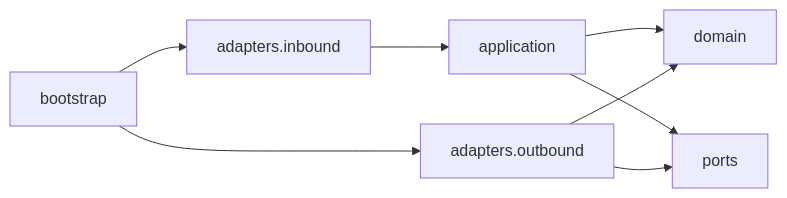
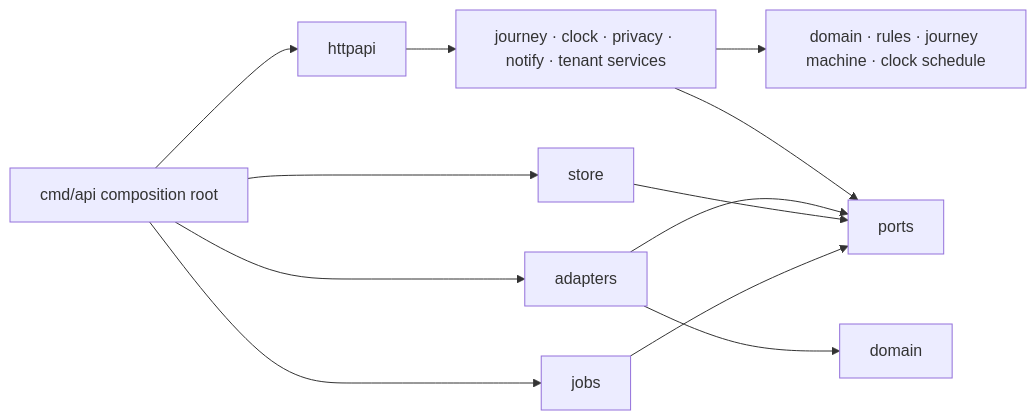
Before and after one commit to sruj08/margadarshak: the second of 6 diagrams in docs/03-engineering/BACKEND.md, drawn with Mermaid. The commit also changed other lines of this file and 1326 other files, not shown here.

````diff
--- a/docs/03-engineering/BACKEND.md
+++ b/docs/03-engineering/BACKEND.md
@@ -123,10 +115,14 @@
 ```mermaid
 flowchart LR
-  inbound[adapters.inbound] --> application
-  application --> domain
-  application --> ports
-  outbound[adapters.outbound] --> ports
-  outbound --> domain
-  bootstrap --> inbound
-  bootstrap --> outbound
+  cmd[cmd/api composition root] --> httpapi
+  cmd --> adapters
+  cmd --> store
+  cmd --> jobs
+  httpapi --> services[journey · clock · privacy · notify · tenant services]
+  services --> pure[domain · rules · journey machine · clock schedule]
+  services --> ports
+  adapters --> ports
+  adapters --> domain
+  store --> ports
+  jobs --> ports
 ```
````
